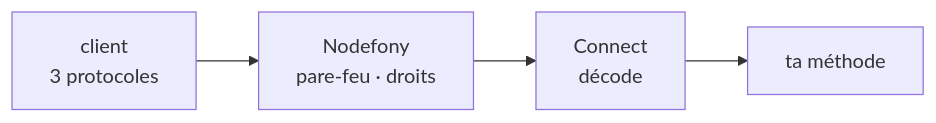
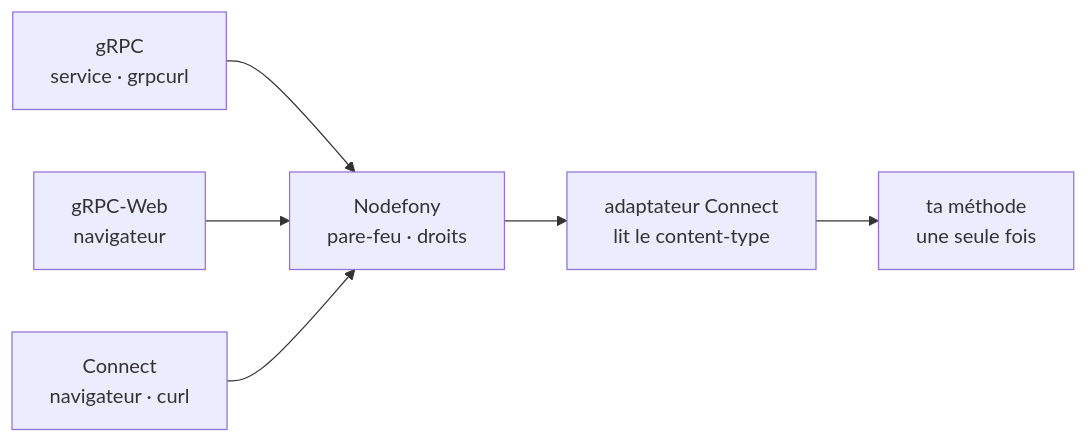
Before and after one commit to nodefony/nodefony-core: the diagram in src/packages/@nodefony/framework/docs/grpc.md, drawn with Mermaid. The commit also changed other lines of this file, not shown here.

First line of the commit message:
docs(framework): gRPC — schéma aux trois protocoles, paquets présentés comme une condition (#747)

````diff
--- a/src/packages/@nodefony/framework/docs/grpc.md
+++ b/src/packages/@nodefony/framework/docs/grpc.md
@@ -31,6 +31,8 @@
 ```mermaid
 flowchart LR
-  C["client<br/>3 protocoles"] --> P["Nodefony<br/>pare-feu · droits"]
-  P --> A["Connect<br/>décode"]
-  A --> M["ta méthode"]
+  G["gRPC<br/>service · grpcurl"] --> P
+  W["gRPC-Web<br/>navigateur"] --> P
+  C["Connect<br/>navigateur · curl"] --> P
+  P["Nodefony<br/>pare-feu · droits"] --> A["adaptateur Connect<br/>lit le content-type"]
+  A --> M["ta méthode<br/>une seule fois"]
 ```
````
